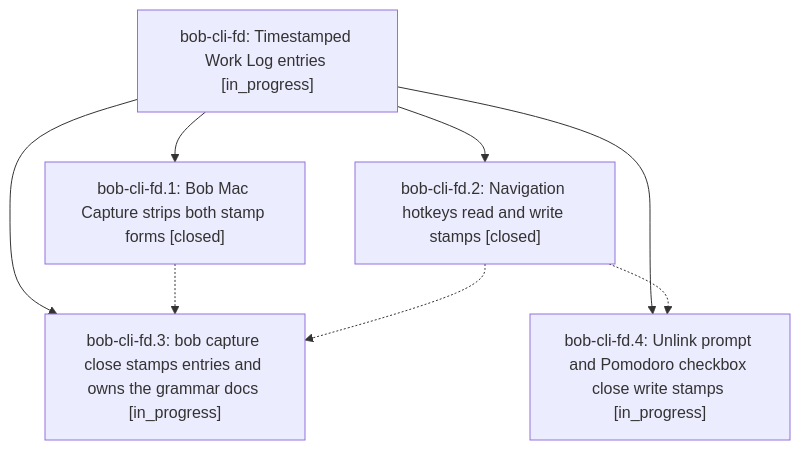
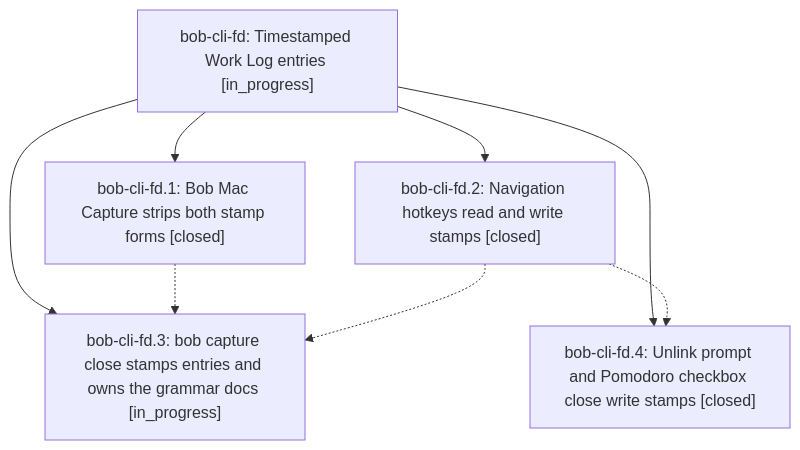
Before and after one commit to bobs-org/bob-cli--beads: the diagram in pages/bob-cli-fd/README.md, drawn with Mermaid. The commit also changed other lines of this file and 2 other files, not shown here.

First line of the commit message:
chore(beads): sync bead state and pages for bob-cli-fd

````diff
--- a/pages/bob-cli-fd/README.md
+++ b/pages/bob-cli-fd/README.md
@@ -39,15 +39,15 @@
 ```mermaid
 flowchart TD
     n0["bob-cli-fd: Timestamped Work Log entries [in_progress]"]
     n1["bob-cli-fd.1: Bob Mac Capture strips both stamp forms [closed]"]
     n2["bob-cli-fd.2: Navigation hotkeys read and write stamps [closed]"]
     n3["bob-cli-fd.3: bob capture close stamps entries and owns the grammar docs [in_progress]"]
-    n4["bob-cli-fd.4: Unlink prompt and Pomodoro checkbox close write stamps [in_progress]"]
+    n4["bob-cli-fd.4: Unlink prompt and Pomodoro checkbox close write stamps [closed]"]
     n0 --> n1
     n0 --> n2
     n0 --> n3
     n0 --> n4
     n1 -.-> n3
     n2 -.-> n3
     n2 -.-> n4
 ```
````
